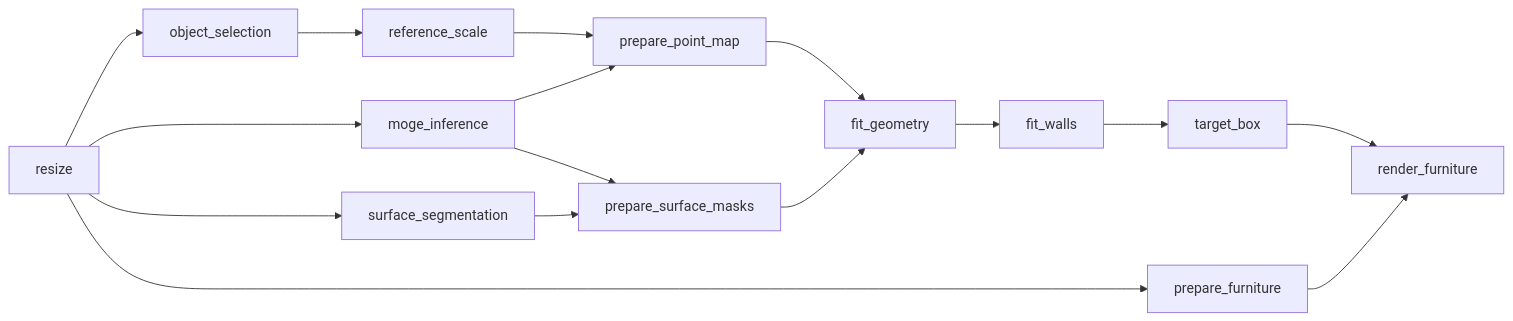
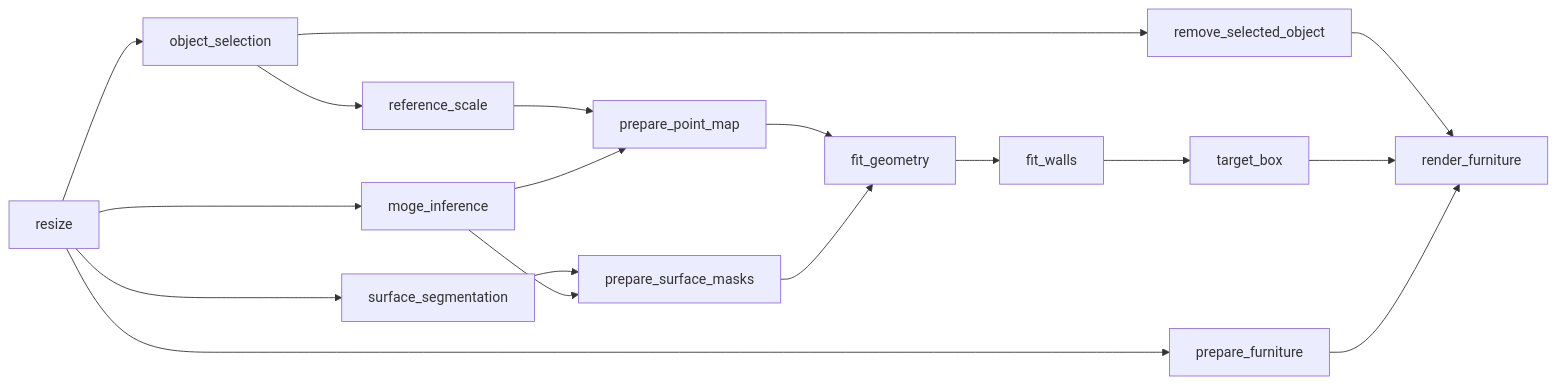
The diagram in README.md (tamnguyenvan/dreamroom), drawn with Mermaid before and after one commit. The commit also changed other lines of this file and 15 other files, not shown here.

````diff
--- a/README.md
+++ b/README.md
@@ -28,11 +30,12 @@
 ```mermaid
 graph LR
     resize --> object_selection --> reference_scale --> prepare_point_map
+    object_selection --> remove_selected_object --> render_furniture
     resize --> moge_inference --> prepare_point_map
     resize --> surface_segmentation --> prepare_surface_masks
     moge_inference --> prepare_surface_masks
     prepare_point_map --> fit_geometry
     prepare_surface_masks --> fit_geometry
     fit_geometry --> fit_walls --> target_box --> render_furniture
     resize --> prepare_furniture --> render_furniture
 ```
````
